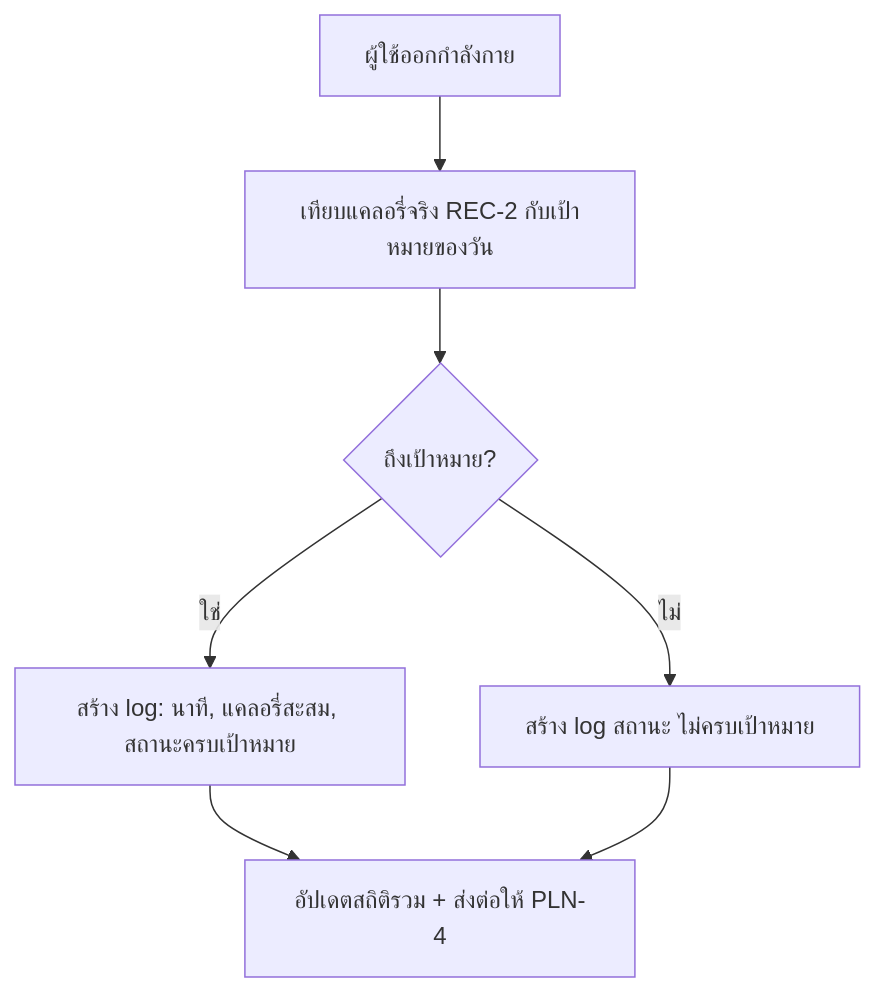
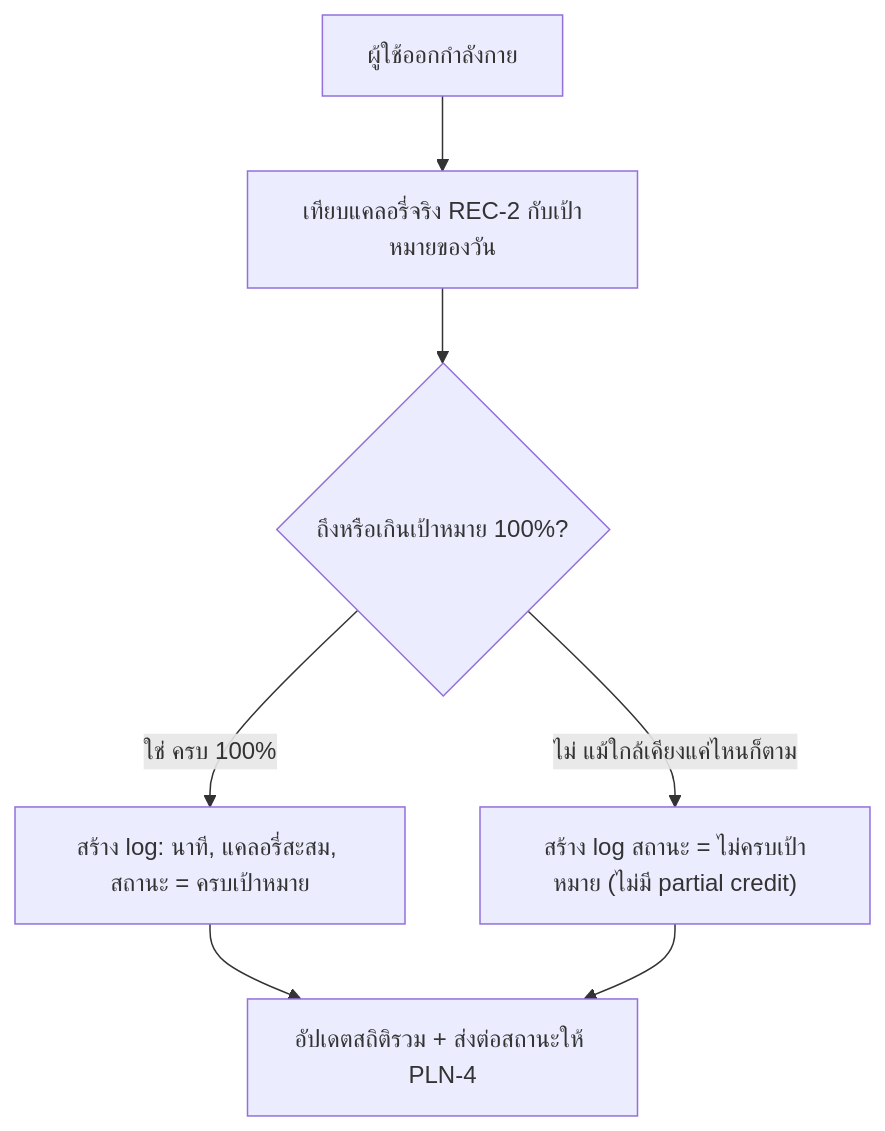
Before and after one commit to Kikofah/smartFit_daily: the tenth of 14 diagrams in docs/features/user-journeys.md, drawn with Mermaid. The commit also changed other lines of this file and 6 other files, not shown here.

````diff
--- a/docs/features/user-journeys.md
+++ b/docs/features/user-journeys.md
@@ -292,9 +334,9 @@
 ```mermaid
 flowchart TD
     A[ผู้ใช้ออกกำลังกาย] --> B[เทียบแคลอรี่จริง REC-2 กับเป้าหมายของวัน]
-    B --> C{ถึงเป้าหมาย?}
-    C -- ใช่ --> D[สร้าง log: นาที, แคลอรี่สะสม, สถานะครบเป้าหมาย]
-    C -- ไม่ --> E[สร้าง log สถานะ ไม่ครบเป้าหมาย]
-    D --> F[อัปเดตสถิติรวม + ส่งต่อให้ PLN-4]
+    B --> C{"ถึงหรือเกินเป้าหมาย 100%?"}
+    C -- ใช่ ครบ 100% --> D["สร้าง log: นาที, แคลอรี่สะสม, สถานะ = ครบเป้าหมาย"]
+    C -- ไม่ แม้ใกล้เคียงแค่ไหนก็ตาม --> E["สร้าง log สถานะ = ไม่ครบเป้าหมาย (ไม่มี partial credit)"]
+    D --> F[อัปเดตสถิติรวม + ส่งต่อสถานะให้ PLN-4]
     E --> F
 ```
````
